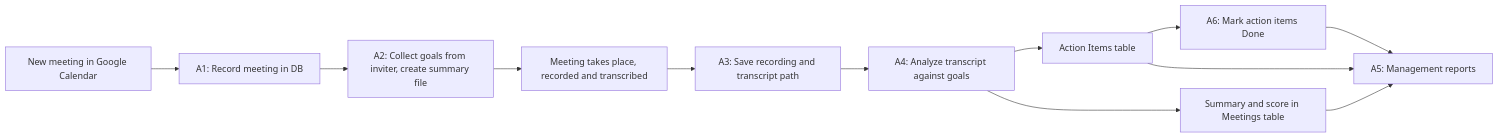
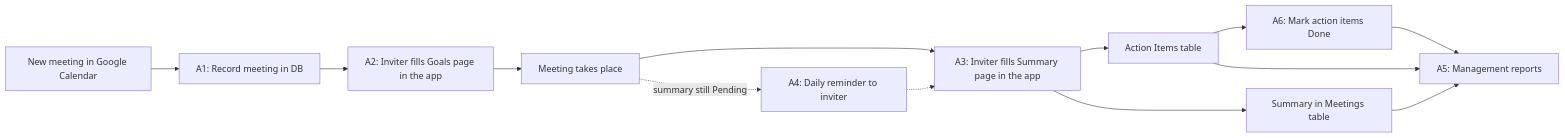
One commit to ilanyaniv/SuccessfulMeeting changed the diagram in PRD/successful-meetings-page2.md. Above: the diagram before and after it, drawn with Mermaid. The commit also changed other lines of this file and 6 other files, not shown here.

````diff
--- a/PRD/successful-meetings-page2.md
+++ b/PRD/successful-meetings-page2.md
@@ -66,14 +77,15 @@
 ```mermaid
 flowchart LR
     A[New meeting in Google Calendar] --> B[A1: Record meeting in DB]
-    B --> C[A2: Collect goals from inviter, create summary file]
-    C --> D[Meeting takes place, recorded and transcribed]
-    D --> E[A3: Save recording and transcript path]
-    E --> F[A4: Analyze transcript against goals]
-    F --> G[Action Items table]
-    F --> H[Summary and score in Meetings table]
+    B --> C[A2: Inviter fills Goals page in the app]
+    C --> D[Meeting takes place]
+    D --> E[A3: Inviter fills Summary page in the app]
+    E --> G[Action Items table]
+    E --> H[Summary in Meetings table]
+    D -. summary still Pending .-> F[A4: Daily reminder to inviter]
+    F -.-> E
     G --> J[A6: Mark action items Done]
     J --> I[A5: Management reports]
     G --> I
     H --> I
 ```
````
